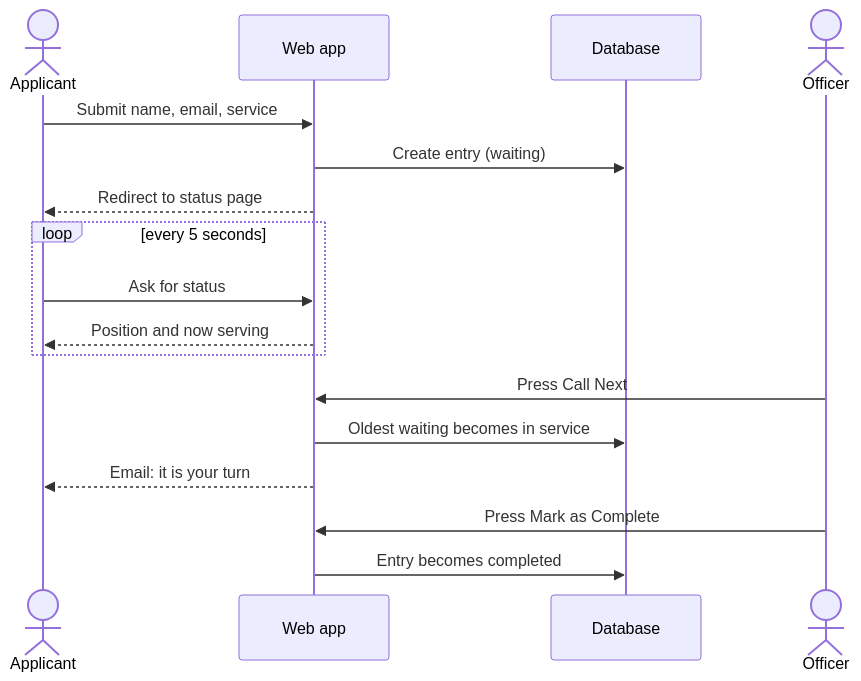
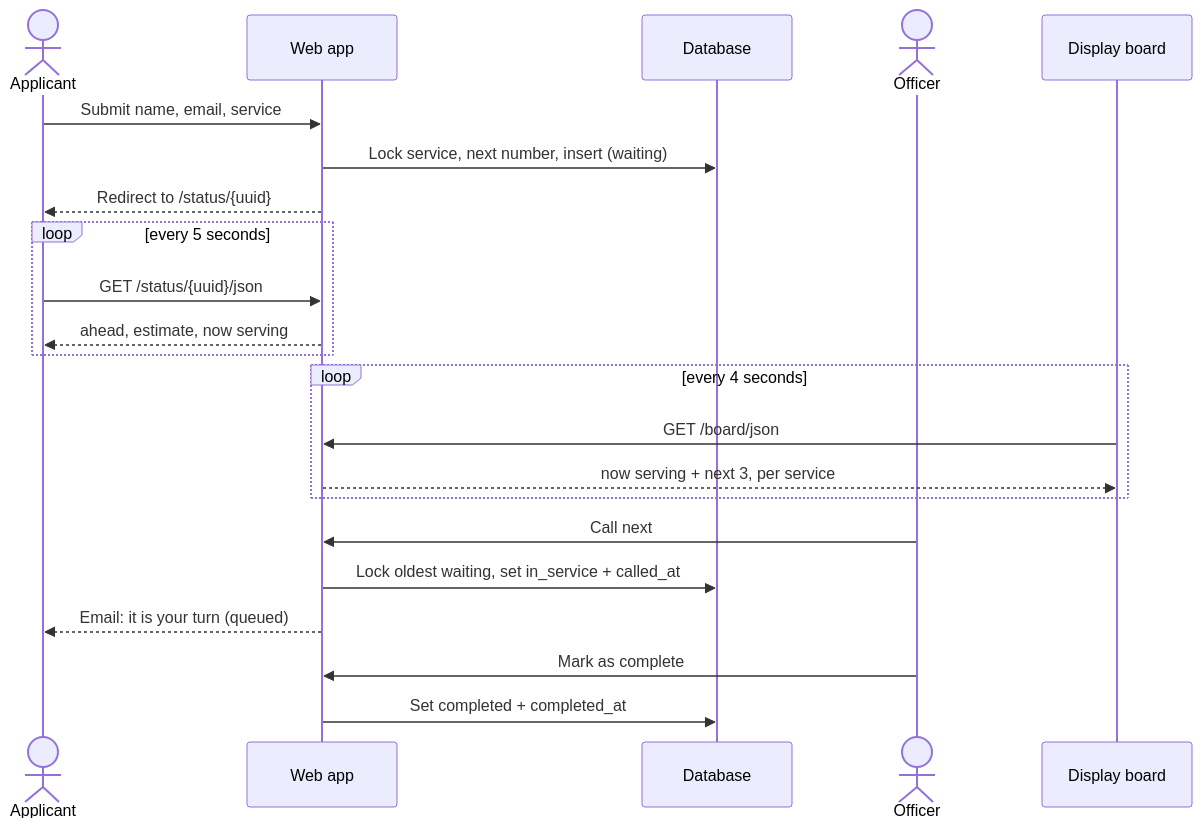
Before and after one commit to kinuthia-mark/Equeue-project: the second of 5 diagrams in README.md, drawn with Mermaid. The commit also changed other lines of this file and 31 other files, not shown here.

First line of the commit message:
Add wait estimates, display board, leave queue, Docker and screenshots

````diff
--- a/README.md
+++ b/README.md
@@ -40,20 +150,25 @@
 ```mermaid
 sequenceDiagram
     actor A as Applicant
     participant W as Web app
     participant D as Database
     actor O as Officer
+    participant B as Display board
 
     A->>W: Submit name, email, service
-    W->>D: Create entry (waiting)
-    W-->>A: Redirect to status page
+    W->>D: Lock service, next number, insert (waiting)
+    W-->>A: Redirect to /status/{uuid}
     loop every 5 seconds
-        A->>W: Ask for status
-        W-->>A: Position and now serving
+        A->>W: GET /status/{uuid}/json
+        W-->>A: ahead, estimate, now serving
     end
-    O->>W: Press Call Next
-    W->>D: Oldest waiting becomes in service
-    W-->>A: Email: it is your turn
-    O->>W: Press Mark as Complete
-    W->>D: Entry becomes completed
+    loop every 4 seconds
+        B->>W: GET /board/json
+        W-->>B: now serving + next 3, per service
+    end
+    O->>W: Call next
+    W->>D: Lock oldest waiting, set in_service + called_at
+    W-->>A: Email: it is your turn (queued)
+    O->>W: Mark as complete
+    W->>D: Set completed + completed_at
 ```
````
